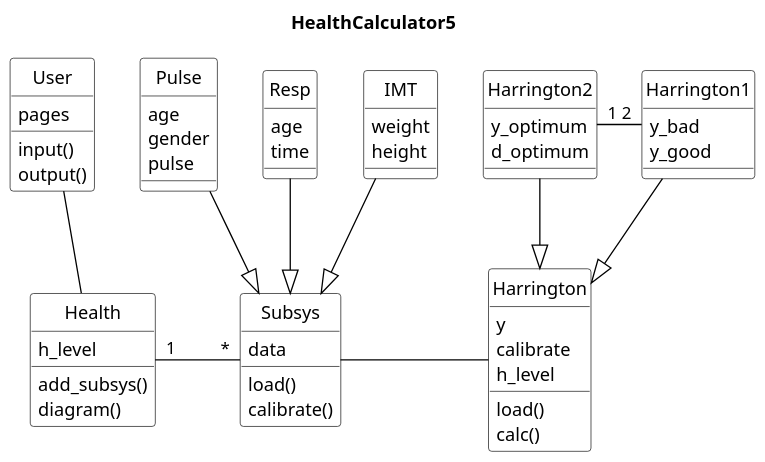
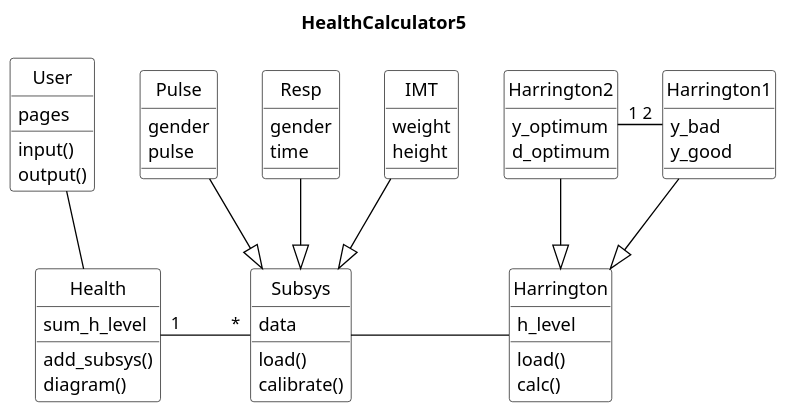
One commit to LinaLopato/HealthCalculator5 changed the diagram in uml_models/hc_classes.puml. Above: the diagram before and after it, drawn with PlantUML. The commit also changed 3 other files, not shown here.

```diff
--- a/uml_models/hc_classes.puml
+++ b/uml_models/hc_classes.puml
@@ -1,78 +1,75 @@
 @startuml
 title   HealthCalculator5
 
 
 
 skinparam class {
 BackgroundColor White
 ArrowColor Black
 BorderColor Black
 }
 skinparam object {
 BackgroundColor White
 ArrowColor Black
 BorderColor Black
 }
 scale 1.3
 skinparam DefaultTextAlignment left
 skinparam shadowing false
 skinparam packageStyle frame
 hide circle
 'hide members
 'skinparam monochrome true
 'note " lots in deal" as spread
 'package Storage {
 class Pulse{
-age
 gender
 pulse
 }
 class Resp{
-age
+gender
 time
 }
 class IMT{
 weight
 height
 }
 class Health{
-h_level
+sum_h_level
 add_subsys()
 diagram()
 }
 class Subsys{
 data
 load()
 calibrate()
 }
 class User{
 pages
 input()
 output()
 }
 class Harrington1{
 y_bad
 y_good
 }
 class Harrington2{
 y_optimum
 d_optimum
 }
 class Harrington{
-y
-calibrate
 h_level
 load()
 calc()
 }
 Harrington2 "1"-"2" Harrington1
 Pulse --|> Subsys
 IMT --|> Subsys
 Resp --|> Subsys
 User -- Health
 'Subsys <|-  Resp
 Health "1"-"*"  Subsys
 Harrington2 --|> Harrington
 Harrington1 --|> Harrington
 Subsys - Harrington
 @enduml
```
